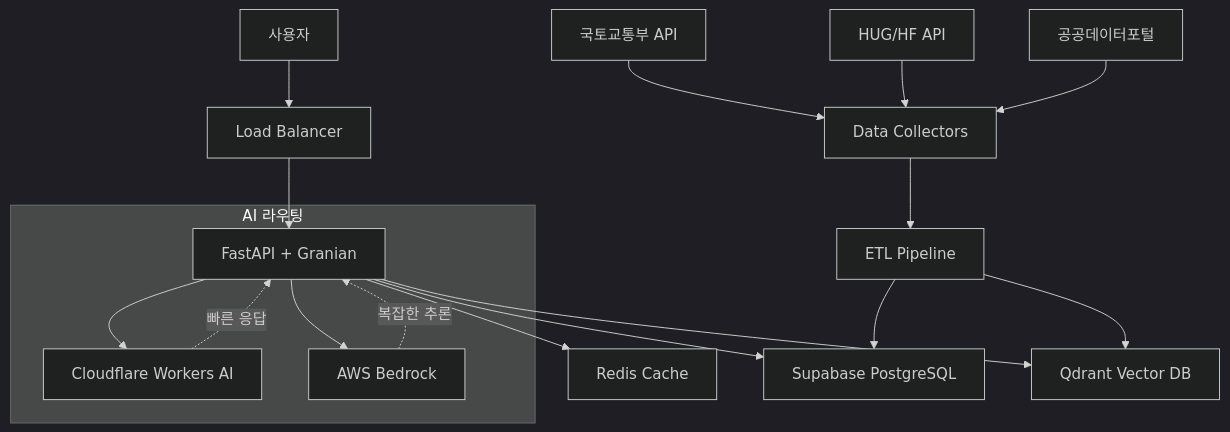
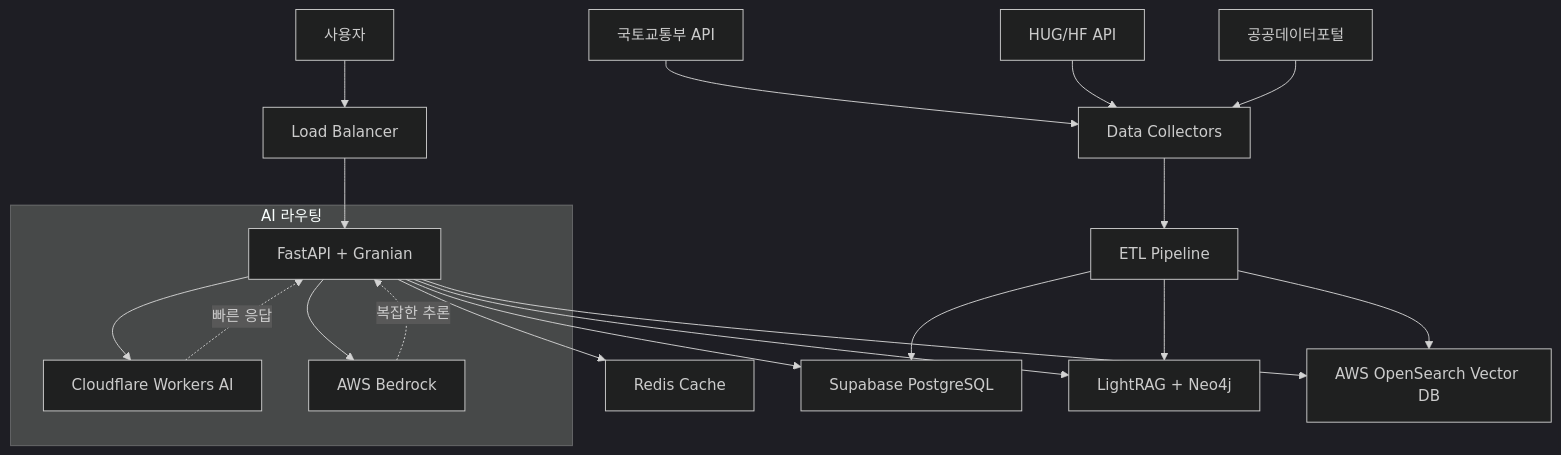
Before and after one commit to Zinoo00/Boodongsan-AI: the diagram in README.md, drawn with Mermaid (dark theme). The commit also changed other lines of this file and 47 other files, not shown here.

Commit message:
feat: added LightRAG & additional openAPIs from seoul gov

````diff
--- a/README.md
+++ b/README.md
@@ -21,23 +88,25 @@
 ```mermaid
 graph TB
     U[사용자] --> LB[Load Balancer]
     LB --> API[FastAPI + Granian]
     API --> Cache[Redis Cache]
     API --> DB[Supabase PostgreSQL]
-    API --> VDB[Qdrant Vector DB]
+    API --> KG[LightRAG + Neo4j]
+    API --> VDB[AWS OpenSearch Vector DB]
     API --> AI1[Cloudflare Workers AI]
     API --> AI2[AWS Bedrock]
     
     DC[Data Collectors] --> ETL[ETL Pipeline]
     ETL --> DB
+    ETL --> KG
     ETL --> VDB
     
     EXT1[국토교통부 API] --> DC
     EXT2[HUG/HF API] --> DC
     EXT3[공공데이터포털] --> DC
     
     subgraph "AI 라우팅"
         AI1 -.-> |빠른 응답| API
         AI2 -.-> |복잡한 추론| API
     end
 ```
````
